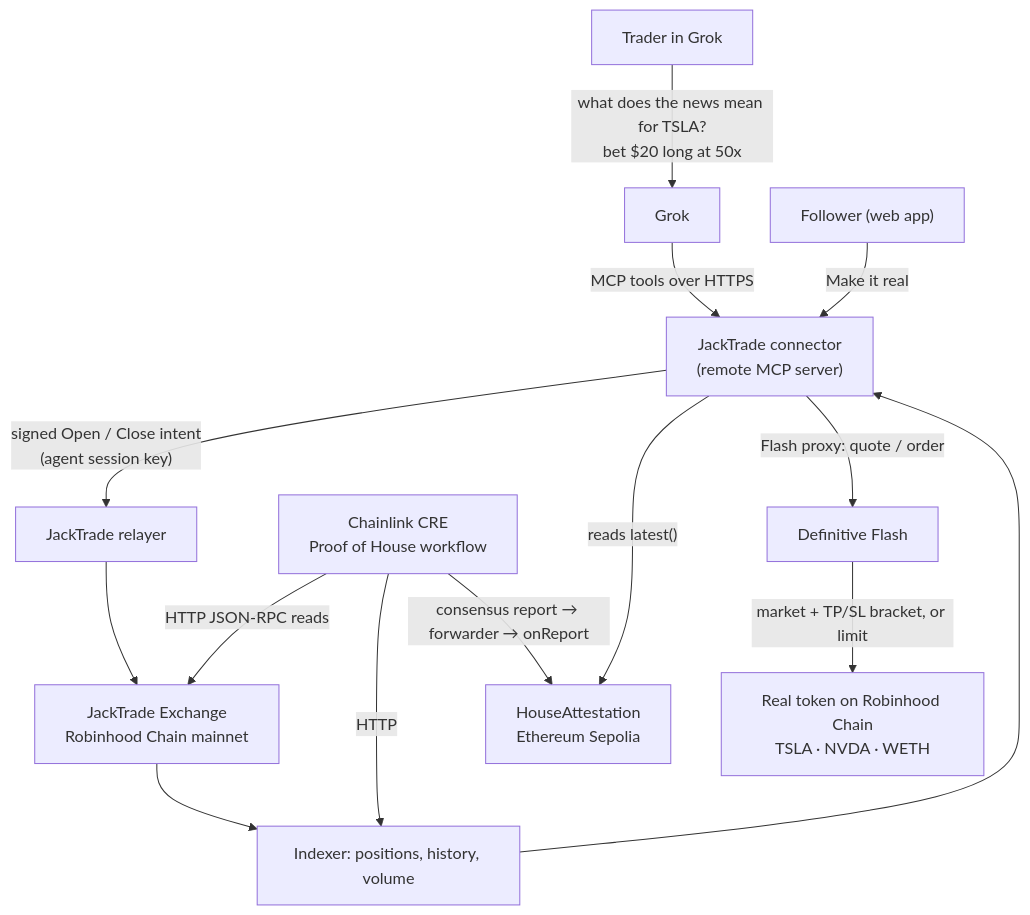
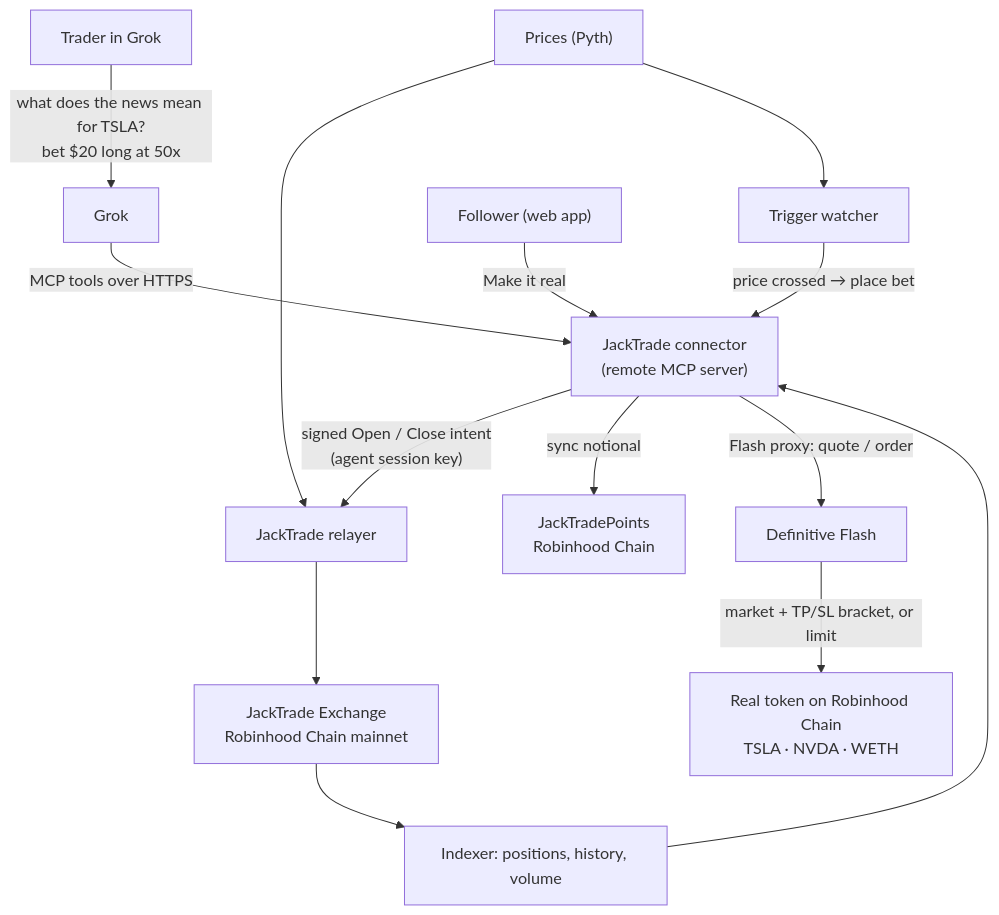
The first of 4 diagrams in README.md (0xYudhishthra/jacktrade), drawn with Mermaid before and after one commit. The commit also changed other lines of this file, not shown here.

Commit message:
README: drop Chainlink, add conditional bets and the points contract

````diff
--- a/README.md
+++ b/README.md
@@ -65,16 +68,16 @@
 ```mermaid
 flowchart TB
     USER["Trader in Grok"] -->|"what does the news mean for TSLA?<br/>bet $20 long at 50x"| GROK["Grok"]
     GROK -->|"MCP tools over HTTPS"| CONN["JackTrade connector<br/>(remote MCP server)"]
     CONN -->|"signed Open / Close intent<br/>(agent session key)"| RELAYER["JackTrade relayer"]
     RELAYER --> EXCHANGE["JackTrade Exchange<br/>Robinhood Chain mainnet"]
     EXCHANGE --> INDEXER["Indexer: positions, history, volume"]
     INDEXER --> CONN
-    CONN -->|"reads latest()"| ATTEST["HouseAttestation<br/>Ethereum Sepolia"]
-    CRE["Chainlink CRE<br/>Proof of House workflow"] -->|"HTTP JSON-RPC reads"| EXCHANGE
-    CRE -->|"HTTP"| INDEXER
-    CRE -->|"consensus report → forwarder → onReport"| ATTEST
+    PRICES["Prices (Pyth)"] --> RELAYER
+    PRICES --> WATCH["Trigger watcher"]
+    WATCH -->|"price crossed → place bet"| CONN
+    CONN -->|"sync notional"| POINTS["JackTradePoints<br/>Robinhood Chain"]
     FOLLOWER["Follower (web app)"] -->|"Make it real"| CONN
     CONN -->|"Flash proxy: quote / order"| FLASH["Definitive Flash"]
     FLASH -->|"market + TP/SL bracket, or limit"| TOKEN["Real token on Robinhood Chain<br/>TSLA · NVDA · WETH"]
 ```
````
